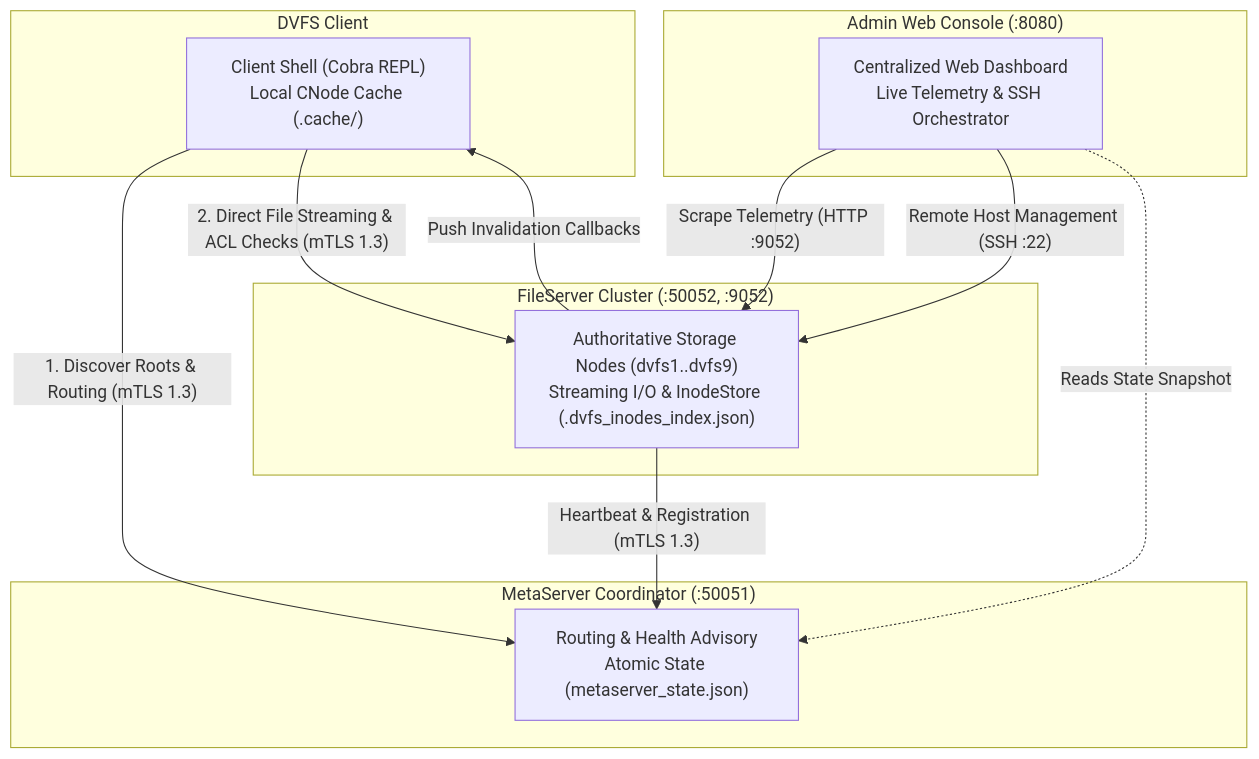
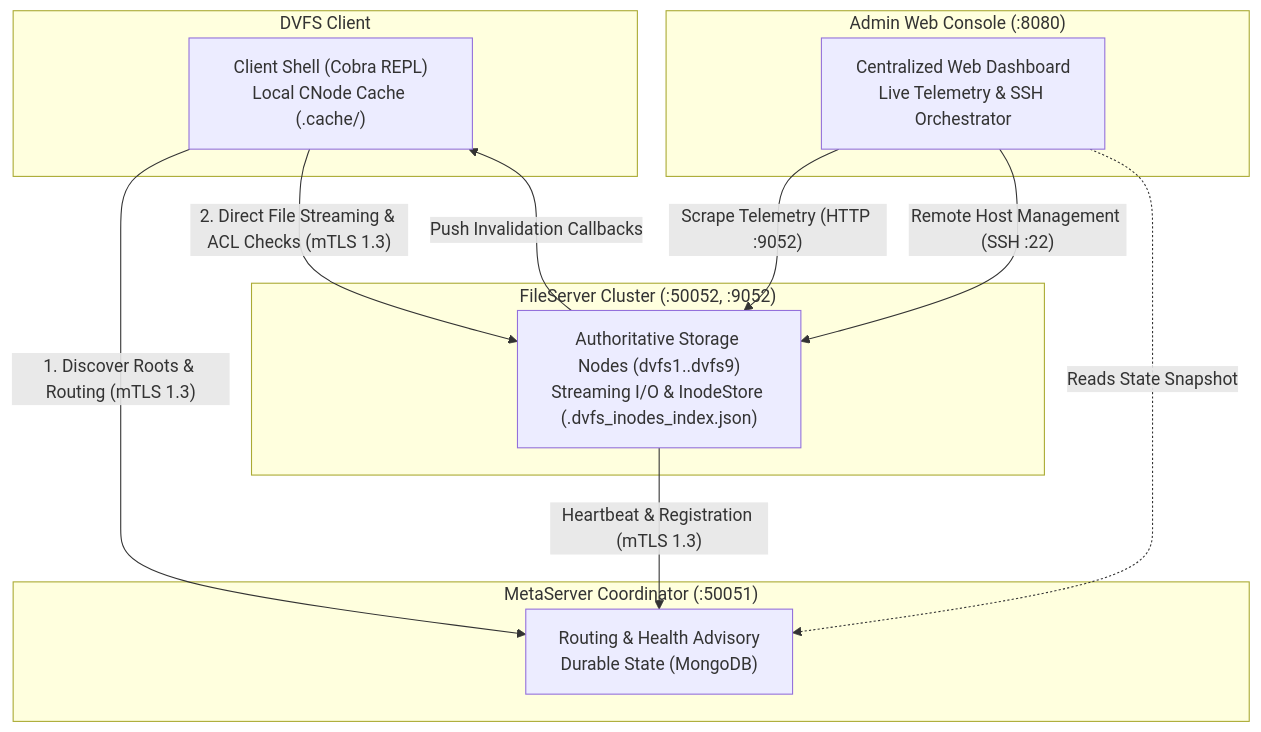
Before and after one commit to DVFS-IIT-Gandhinagar/Distributed-Virtual-File-System: the first of 6 diagrams in docs/diagrams/overview.md, drawn with Mermaid. The commit also changed other lines of this file and 15 other files, not shown here.

````diff
--- a/docs/diagrams/overview.md
+++ b/docs/diagrams/overview.md
@@ -13,26 +13,26 @@
 ```mermaid
 graph TB
     subgraph Clients["DVFS Client"]
         CLI["Client Shell (Cobra REPL)<br>Local CNode Cache (.cache/)"]
     end
 
     subgraph Coordinator["MetaServer Coordinator (:50051)"]
-        MDS["Routing & Health Advisory<br>Atomic State (metaserver_state.json)"]
+        MDS["Routing & Health Advisory<br>Durable State (MongoDB)"]
     end
 
     subgraph Storage["FileServer Cluster (:50052, :9052)"]
         FS["Authoritative Storage Nodes (dvfs1..dvfs9)<br>Streaming I/O & InodeStore (.dvfs_inodes_index.json)"]
     end
 
     subgraph Management["Admin Web Console (:8080)"]
         ADMIN["Centralized Web Dashboard<br>Live Telemetry & SSH Orchestrator"]
     end
 
     CLI -->|"1. Discover Roots & Routing (mTLS 1.3)"| MDS
     CLI -->|"2. Direct File Streaming & ACL Checks (mTLS 1.3)"| FS
     FS -->|"Heartbeat & Registration (mTLS 1.3)"| MDS
     FS -->|"Push Invalidation Callbacks"| CLI
     ADMIN -->|"Scrape Telemetry (HTTP :9052)"| FS
     ADMIN -->|"Remote Host Management (SSH :22)"| FS
     ADMIN -.->|"Reads State Snapshot"| MDS
 ```
````
